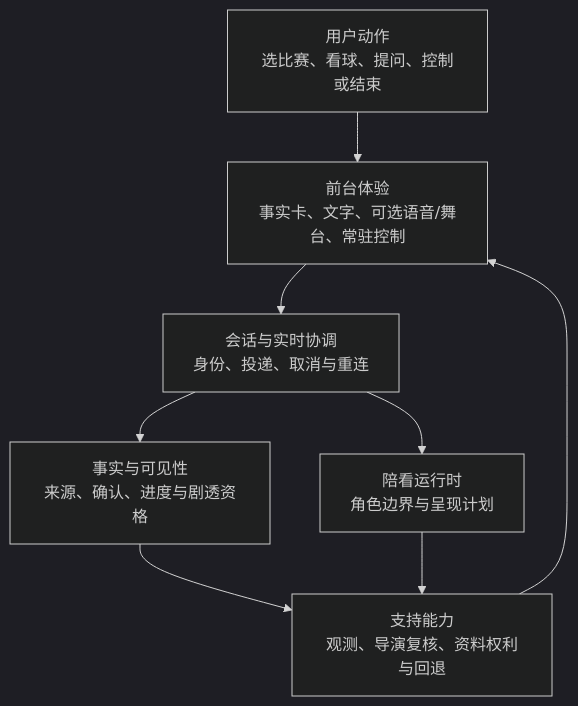
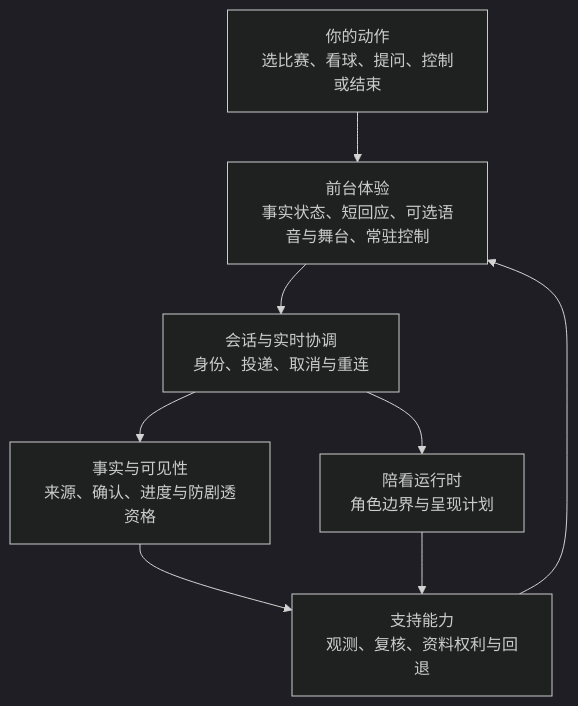
Before and after one commit to weiz98417-crypto/qiuqiu: the sixth of 11 diagrams in docs/球球全套资料/4.产品设计/22-赛前赛中赛后陪看旅程设计.md, drawn with Mermaid (dark theme). The commit also changed other lines of this file and 49 other files, not shown here.

````diff
--- a/docs/球球全套资料/4.产品设计/22-赛前赛中赛后陪看旅程设计.md
+++ b/docs/球球全套资料/4.产品设计/22-赛前赛中赛后陪看旅程设计.md
@@ -468,10 +399,10 @@
 ```mermaid
 flowchart TB
-    User[用户动作\n选比赛、看球、提问、控制或结束] --> Front[前台体验\n事实卡、文字、可选语音/舞台、常驻控制]
+    User[你的动作\n选比赛、看球、提问、控制或结束] --> Front[前台体验\n事实状态、短回应、可选语音与舞台、常驻控制]
     Front --> Session[会话与实时协调\n身份、投递、取消与重连]
-    Session --> Facts[事实与可见性\n来源、确认、进度与剧透资格]
+    Session --> Facts[事实与可见性\n来源、确认、进度与防剧透资格]
     Session --> Runtime[陪看运行时\n角色边界与呈现计划]
-    Facts --> Support[支持能力\n观测、导演复核、资料权利与回退]
+    Facts --> Support[支持能力\n观测、复核、资料权利与回退]
     Runtime --> Support
     Support --> Front
 ```
````
